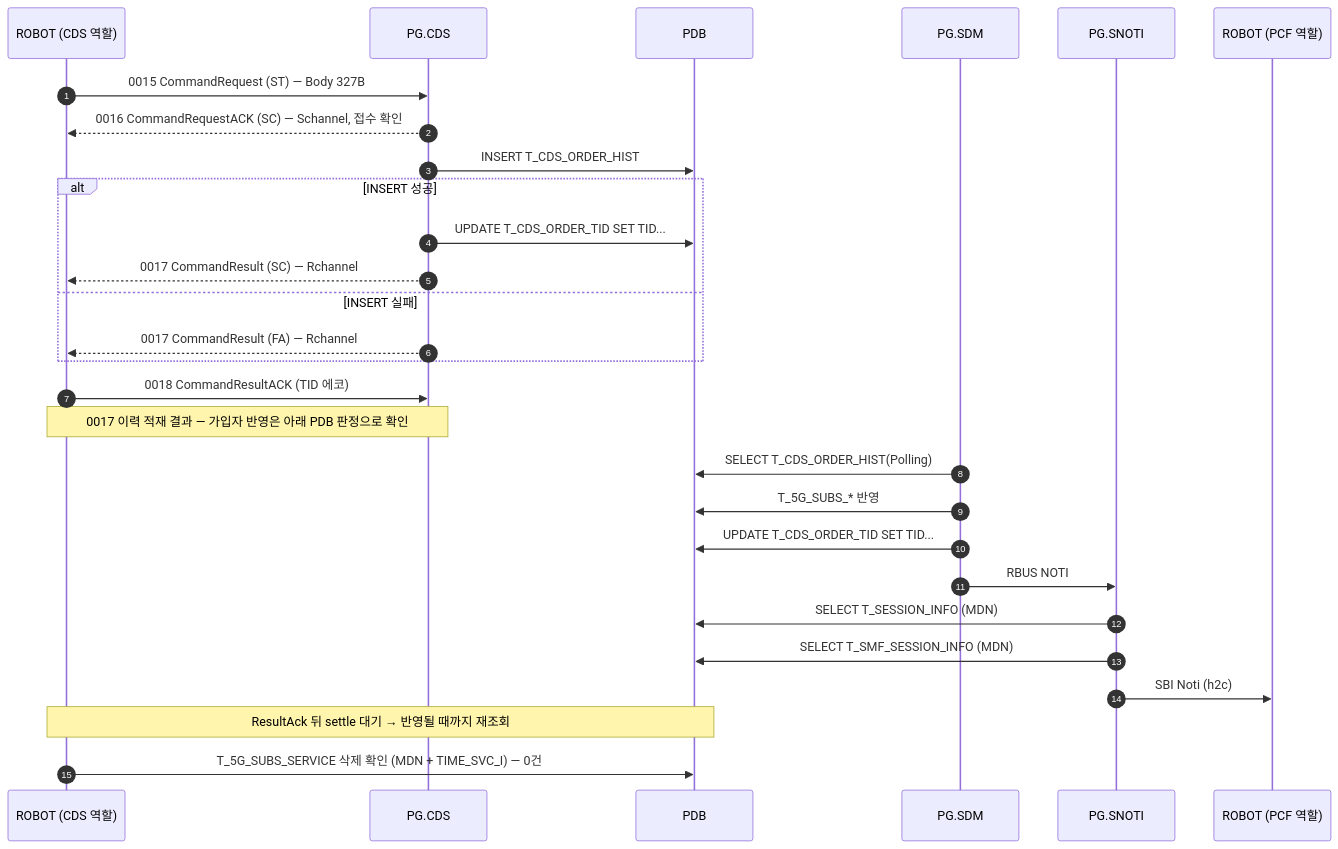
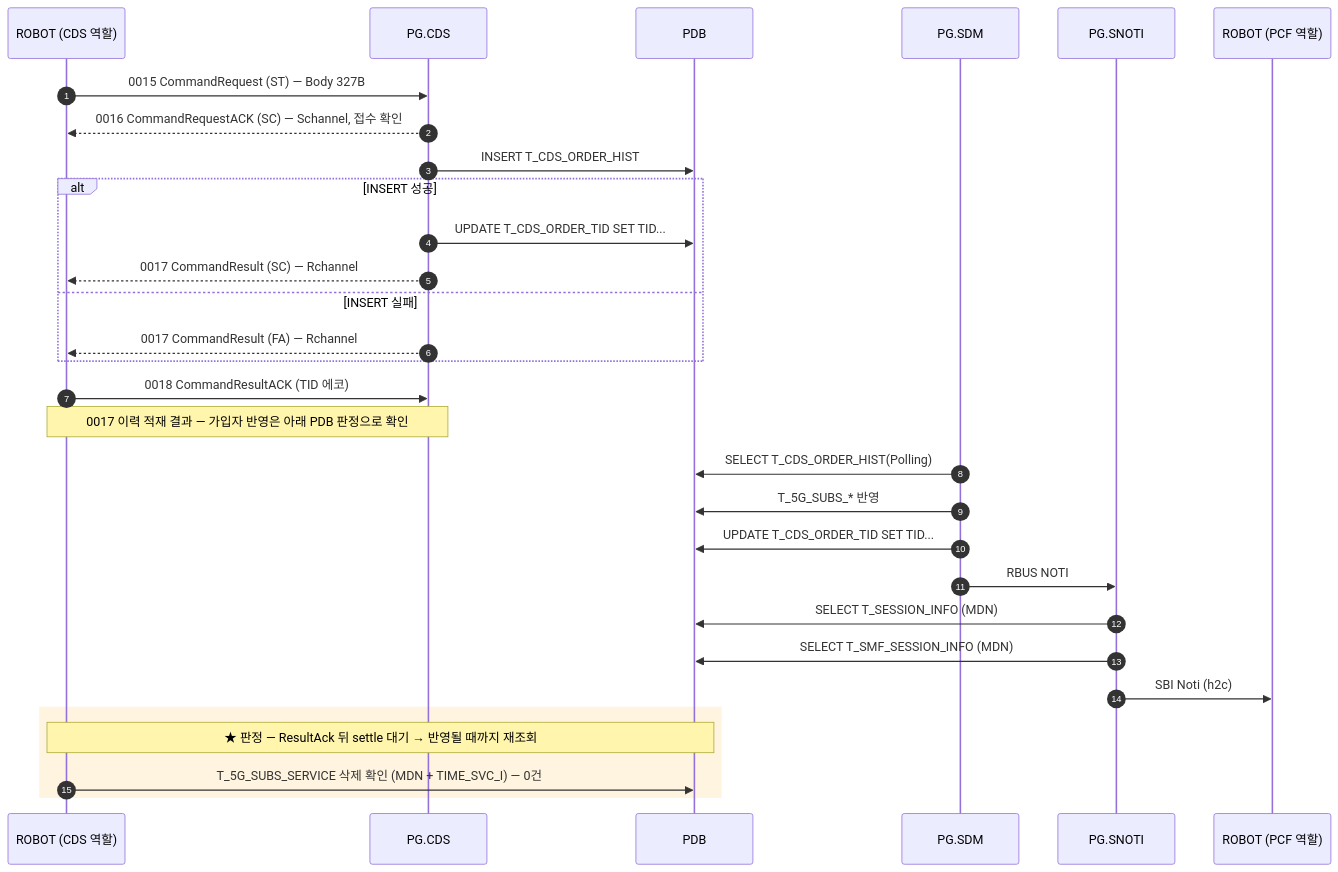
Before and after one commit to IanKim2030/tc4robot: the diagram in docs/callflow/CDS_ST.md, drawn with Mermaid. The commit also changed 19 other files, not shown here.

````diff
--- a/docs/callflow/CDS_ST.md
+++ b/docs/callflow/CDS_ST.md
@@ -17,32 +17,34 @@
 ```mermaid
 sequenceDiagram
     autonumber
     participant TOOL as ROBOT (CDS 역할)
     participant PCDS as PG.CDS
     participant PDB as PDB
     participant SDM as PG.SDM
     participant SNOTI as PG.SNOTI
     participant PCF as ROBOT (PCF 역할)
 
     TOOL->>PCDS: 0015 CommandRequest (ST) — Body 327B
     PCDS-->>TOOL: 0016 CommandRequestACK (SC) — Schannel, 접수 확인
     PCDS->>PDB: INSERT T_CDS_ORDER_HIST
     alt INSERT 성공
         PCDS->>PDB: UPDATE T_CDS_ORDER_TID SET TID...
         PCDS-->>TOOL: 0017 CommandResult (SC) — Rchannel
     else INSERT 실패
         PCDS-->>TOOL: 0017 CommandResult (FA) — Rchannel
     end
     TOOL->>PCDS: 0018 CommandResultACK (TID 에코)
     Note over TOOL,PCDS: 0017 이력 적재 결과 — 가입자 반영은 아래 PDB 판정으로 확인
 
     SDM->>PDB: SELECT T_CDS_ORDER_HIST(Polling)
     SDM->>PDB: T_5G_SUBS_* 반영
     SDM->>PDB: UPDATE T_CDS_ORDER_TID SET TID...
     SDM->>SNOTI: RBUS NOTI
     SNOTI->>PDB: SELECT T_SESSION_INFO (MDN)
     SNOTI->>PDB: SELECT T_SMF_SESSION_INFO (MDN)
     SNOTI->>PCF: SBI Noti (h2c)
-    Note over TOOL,PDB: ResultAck 뒤 settle 대기 → 반영될 때까지 재조회
-    TOOL->>PDB: T_5G_SUBS_SERVICE 삭제 확인 (MDN + TIME_SVC_I) — 0건
+    rect rgba(255, 176, 32, 0.14)
+    Note over TOOL,PDB: ★ 판정 — ResultAck 뒤 settle 대기 → 반영될 때까지 재조회
+        TOOL->>PDB: T_5G_SUBS_SERVICE 삭제 확인 (MDN + TIME_SVC_I) — 0건
+    end
 ```
````
